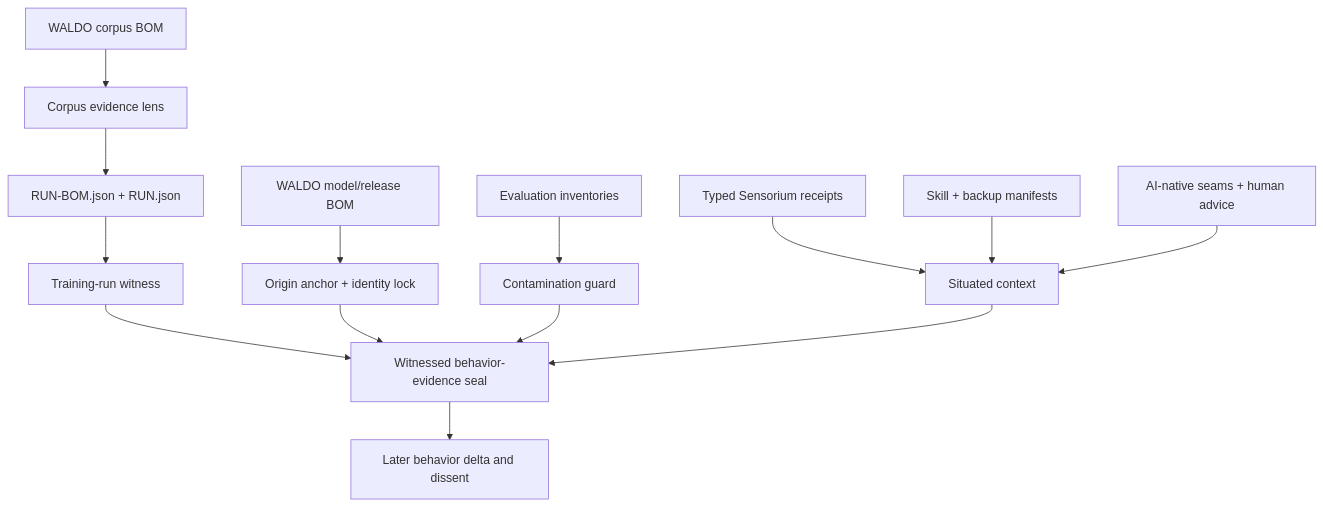
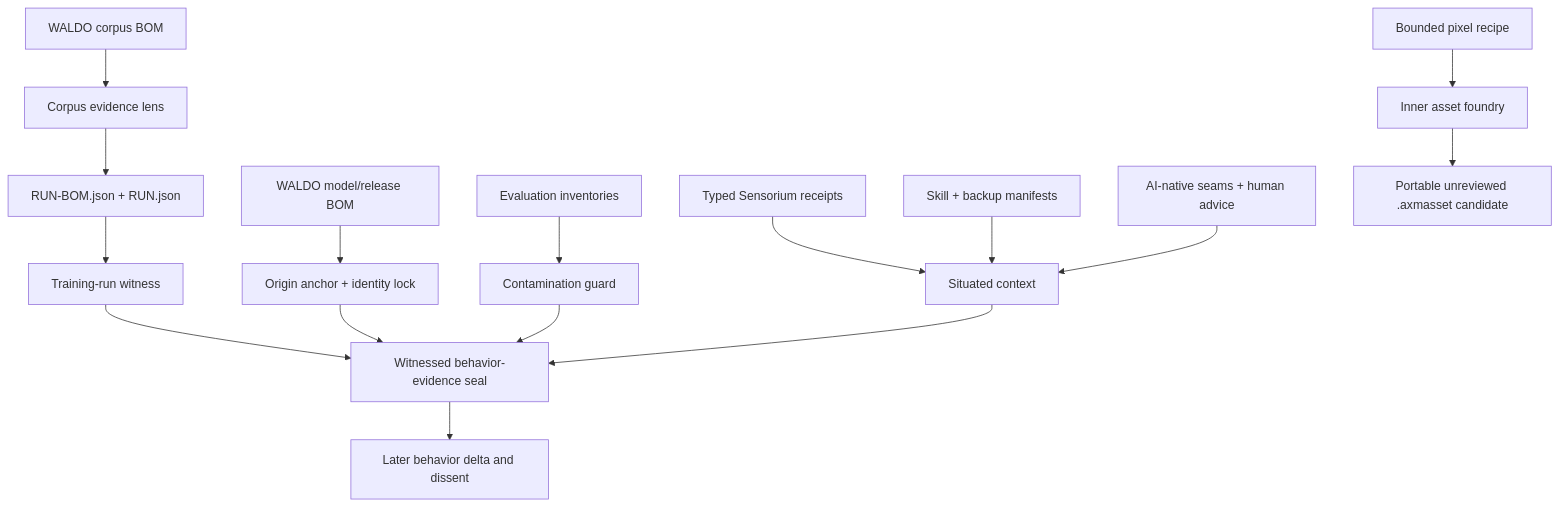
Before and after one commit to mike-axiom-mir/waldo-axm-mirror-research: the diagram in AXM_MIRROR_EXPERIMENT.md, drawn with Mermaid. The commit also changed other lines of this file and 13 other files, not shown here.

Commit message:
experiment: add WALDO inner asset foundry

````diff
--- a/AXM_MIRROR_EXPERIMENT.md
+++ b/AXM_MIRROR_EXPERIMENT.md
@@ -29,16 +29,18 @@
 ```mermaid
 flowchart TD
     A["WALDO corpus BOM"] --> B["Corpus evidence lens"]
     B --> C["RUN-BOM.json + RUN.json"]
     C --> D["Training-run witness"]
     E["WALDO model/release BOM"] --> F["Origin anchor + identity lock"]
     D --> G["Witnessed behavior-evidence seal"]
     F --> G
     H["Evaluation inventories"] --> I["Contamination guard"]
     I --> G
     K["Typed Sensorium receipts"] --> L["Situated context"]
     M["Skill + backup manifests"] --> L
     N["AI-native seams + human advice"] --> L
     L --> G
     G --> J["Later behavior delta and dissent"]
+    O["Bounded pixel recipe"] --> P["Inner asset foundry"]
+    P --> Q["Portable unreviewed .axmasset candidate"]
 ```
````
